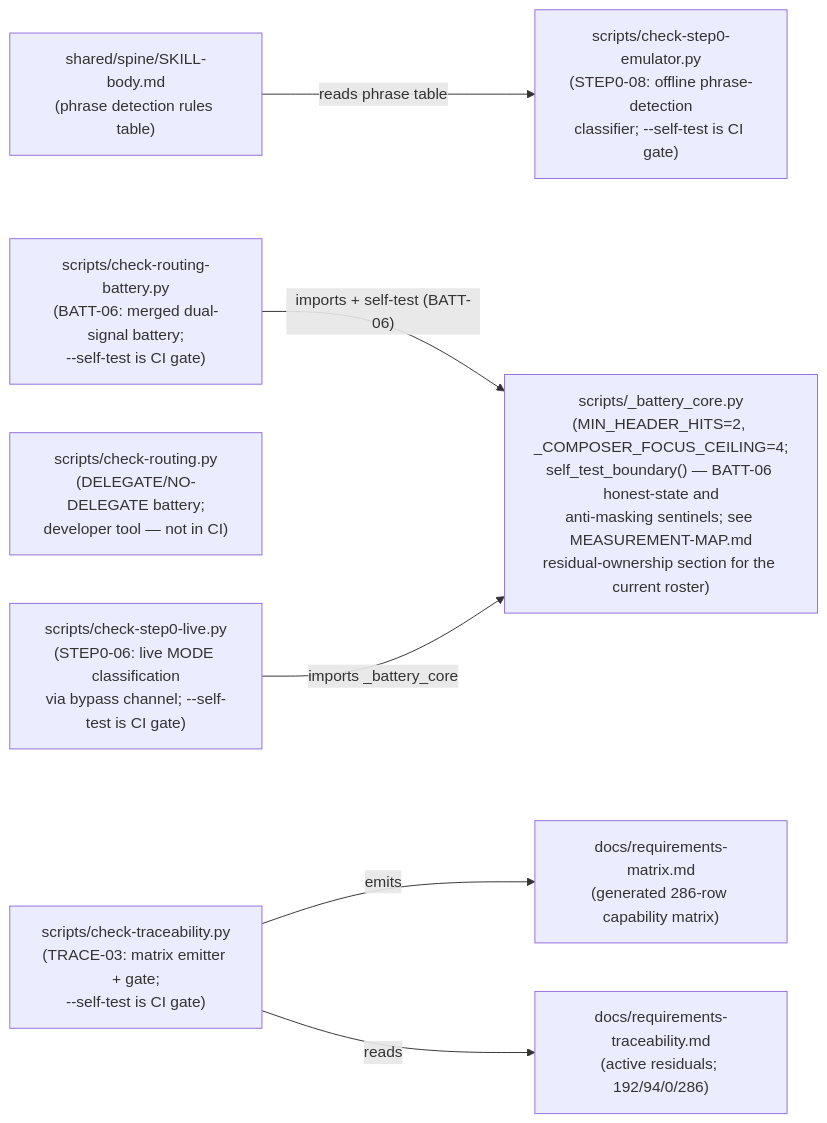
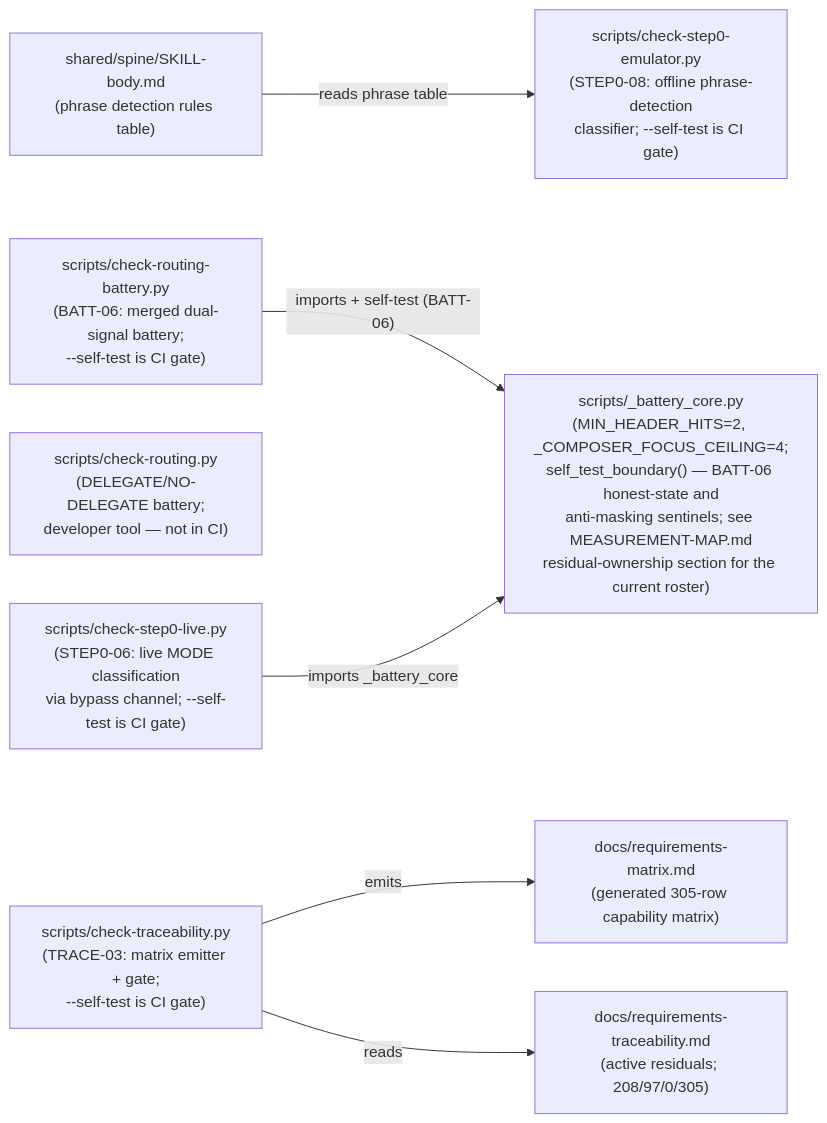
One commit to chrisdavidson/first-principles-skill changed the second of 2 diagrams in docs/COMPONENT-DIAGRAM.md. Above: the diagram before and after it, drawn with Mermaid. The commit also changed 9 other files, not shown here.

First line of the commit message:
feat(23-02): register v9.0.0's 19 requirements as matrix rows, sweep headline

````diff
--- a/docs/COMPONENT-DIAGRAM.md
+++ b/docs/COMPONENT-DIAGRAM.md
@@ -84,24 +84,24 @@
 ```mermaid
 flowchart LR
     SKILLBODY["shared/spine/SKILL-body.md\n(phrase detection rules table)"]
 
     CORE["scripts/_battery_core.py\n(MIN_HEADER_HITS=2, _COMPOSER_FOCUS_CEILING=4;\nself_test_boundary() — BATT-06 honest-state and\nanti-masking sentinels; see MEASUREMENT-MAP.md\nresidual-ownership section for the current roster)"]
 
     BATT["scripts/check-routing-battery.py\n(BATT-06: merged dual-signal battery;\n--self-test is CI gate)"]
     ROUTING["scripts/check-routing.py\n(DELEGATE/NO-DELEGATE battery;\ndeveloper tool — not in CI)"]
 
     EMU["scripts/check-step0-emulator.py\n(STEP0-08: offline phrase-detection\nclassifier; --self-test is CI gate)"]
     LIVE["scripts/check-step0-live.py\n(STEP0-06: live MODE classification\nvia bypass channel; --self-test is CI gate)"]
 
     TRACE["scripts/check-traceability.py\n(TRACE-03: matrix emitter + gate;\n--self-test is CI gate)"]
-    MATRIX["docs/requirements-matrix.md\n(generated 286-row capability matrix)"]
-    TRACEABILITY["docs/requirements-traceability.md\n(active residuals; 192/94/0/286)"]
+    MATRIX["docs/requirements-matrix.md\n(generated 305-row capability matrix)"]
+    TRACEABILITY["docs/requirements-traceability.md\n(active residuals; 208/97/0/305)"]
 
     SKILLBODY -->|"reads phrase table"| EMU
 
     BATT -->|"imports + self-test (BATT-06)"| CORE
     LIVE -->|"imports _battery_core"| CORE
 
     TRACE -->|"emits"| MATRIX
     TRACE -->|"reads"| TRACEABILITY
 ```
````
